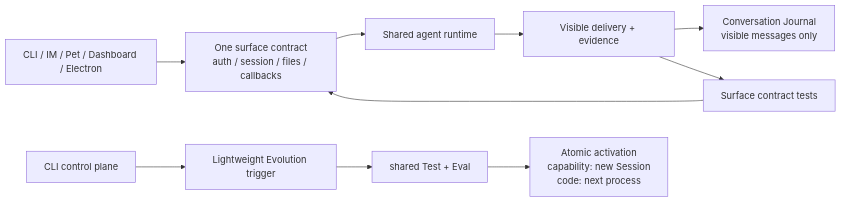
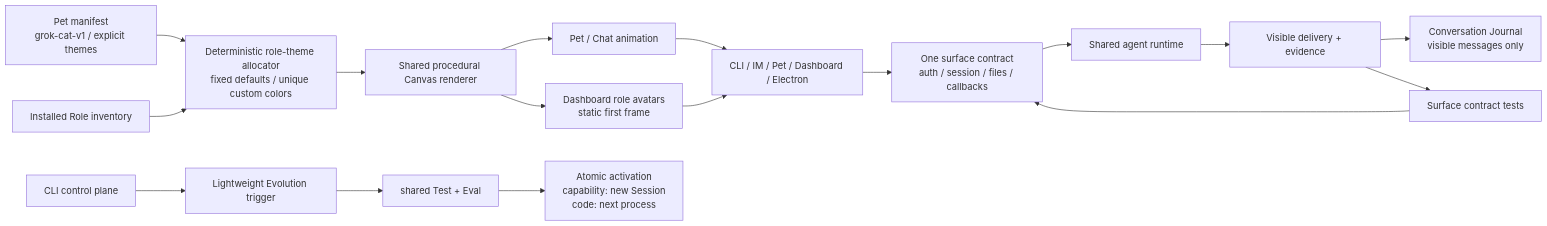
The second of 2 diagrams in docs/surface/SPEC.md (fightheyyy/xiaobaOS), drawn with Mermaid before and after one commit. The commit also changed other lines of this file and 43 other files, not shown here.

First line of the commit message:
feat: replace pet sprites with procedural XiaoBa

````diff
--- a/docs/surface/SPEC.md
+++ b/docs/surface/SPEC.md
@@ -57,12 +66,19 @@
 ```mermaid
 flowchart LR
+    PetManifest["Pet manifest<br/>grok-cat-v1 / explicit themes"] --> ThemeAllocator["Deterministic role-theme allocator<br/>fixed defaults / unique custom colors"]
+    RoleInventory["Installed Role inventory"] --> ThemeAllocator
+    ThemeAllocator --> PetRenderer["Shared procedural Canvas renderer"]
+    PetRenderer --> PetViews["Pet / Chat animation"]
+    PetRenderer --> RoleAvatars["Dashboard role avatars<br/>static first frame"]
+    PetViews --> Entrypoints
+    RoleAvatars --> Entrypoints
     Entrypoints["CLI / IM / Pet / Dashboard / Electron"] --> Contract["One surface contract<br/>auth / session / files / callbacks"]
     Contract --> Runtime["Shared agent runtime"]
     Runtime --> Delivery["Visible delivery + evidence"]
     Delivery --> Conversation["Conversation Journal<br/>visible messages only"]
     Delivery --> Verify["Surface contract tests"]
     Verify --> Contract
     CLI["CLI control plane"] --> Evolution["Lightweight Evolution trigger"]
     Evolution --> TestEval["shared Test + Eval"]
     TestEval --> Activate["Atomic activation<br/>capability: new Session<br/>code: next process"]
 ```
````
